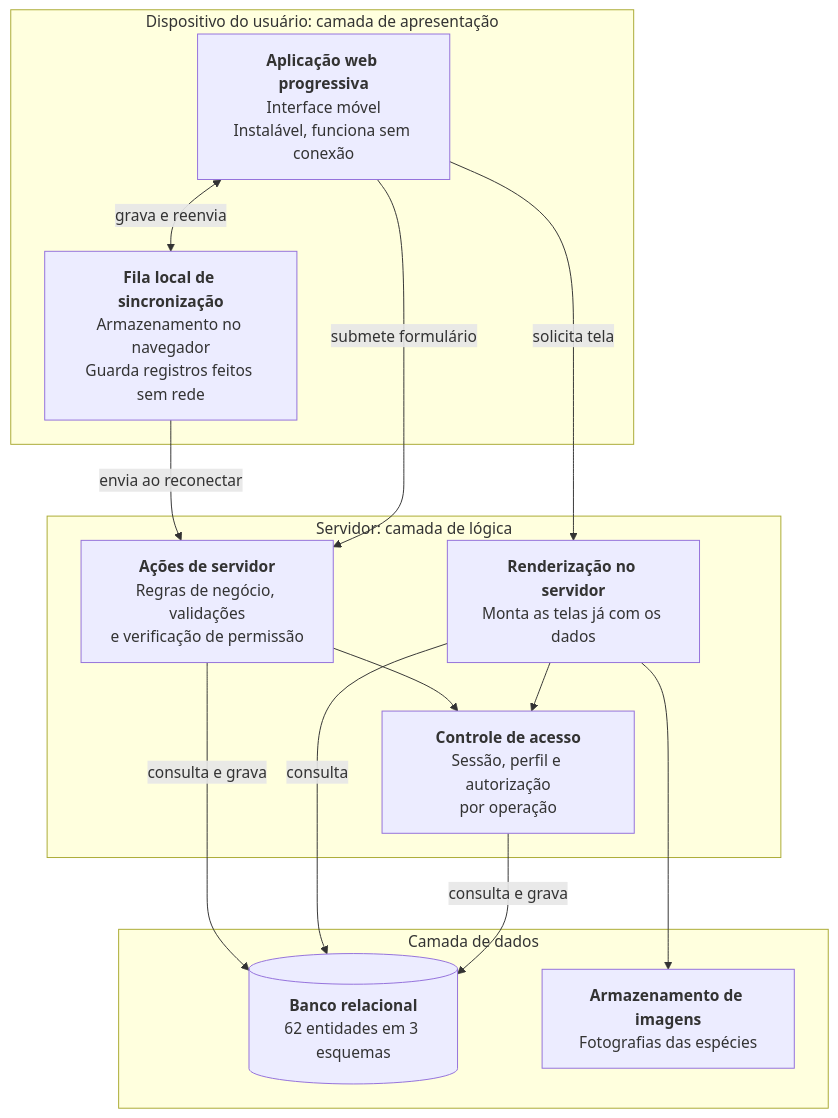
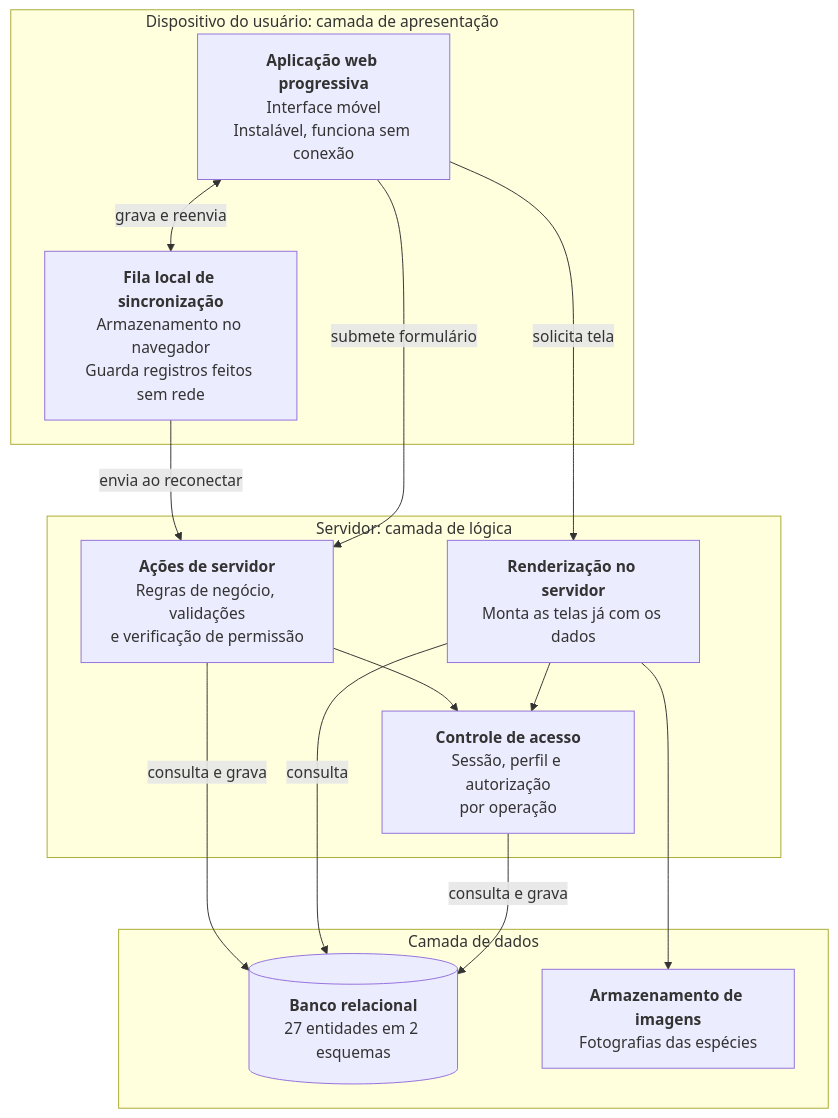
One commit to JoaoMudar/tcc changed the second of 3 diagrams in docs/engenharia/D-arquitetura/D1-arquitetura-c4.md. Above: the diagram before and after it, drawn with Mermaid. The commit also changed other lines of this file and 12 other files, not shown here.

````diff
--- a/docs/engenharia/D-arquitetura/D1-arquitetura-c4.md
+++ b/docs/engenharia/D-arquitetura/D1-arquitetura-c4.md
@@ -72,30 +72,30 @@
 ```mermaid
 graph TB
   subgraph disp["Dispositivo do usuário: camada de apresentação"]
     PWA["<b>Aplicação web progressiva</b><br/>Interface móvel<br/>Instalável, funciona sem conexão"]
     FILA["<b>Fila local de sincronização</b><br/>Armazenamento no navegador<br/>Guarda registros feitos sem rede"]
   end
 
   subgraph srv["Servidor: camada de lógica"]
     REND["<b>Renderização no servidor</b><br/>Monta as telas já com os dados"]
     ACOES["<b>Ações de servidor</b><br/>Regras de negócio, validações<br/>e verificação de permissão"]
     AUTH["<b>Controle de acesso</b><br/>Sessão, perfil e autorização<br/>por operação"]
   end
 
   subgraph dados["Camada de dados"]
-    BD[("<b>Banco relacional</b><br/>62 entidades em 3 esquemas")]
+    BD[("<b>Banco relacional</b><br/>27 entidades em 2 esquemas")]
     ARQ["<b>Armazenamento de imagens</b><br/>Fotografias das espécies"]
   end
 
   PWA -->|"solicita tela"| REND
   PWA -->|"submete formulário"| ACOES
   PWA <-->|"grava e reenvia"| FILA
   FILA -->|"envia ao reconectar"| ACOES
 
   REND --> AUTH
   ACOES --> AUTH
   AUTH -->|"consulta e grava"| BD
   REND -->|"consulta"| BD
   ACOES -->|"consulta e grava"| BD
   REND --> ARQ
 ```
````
